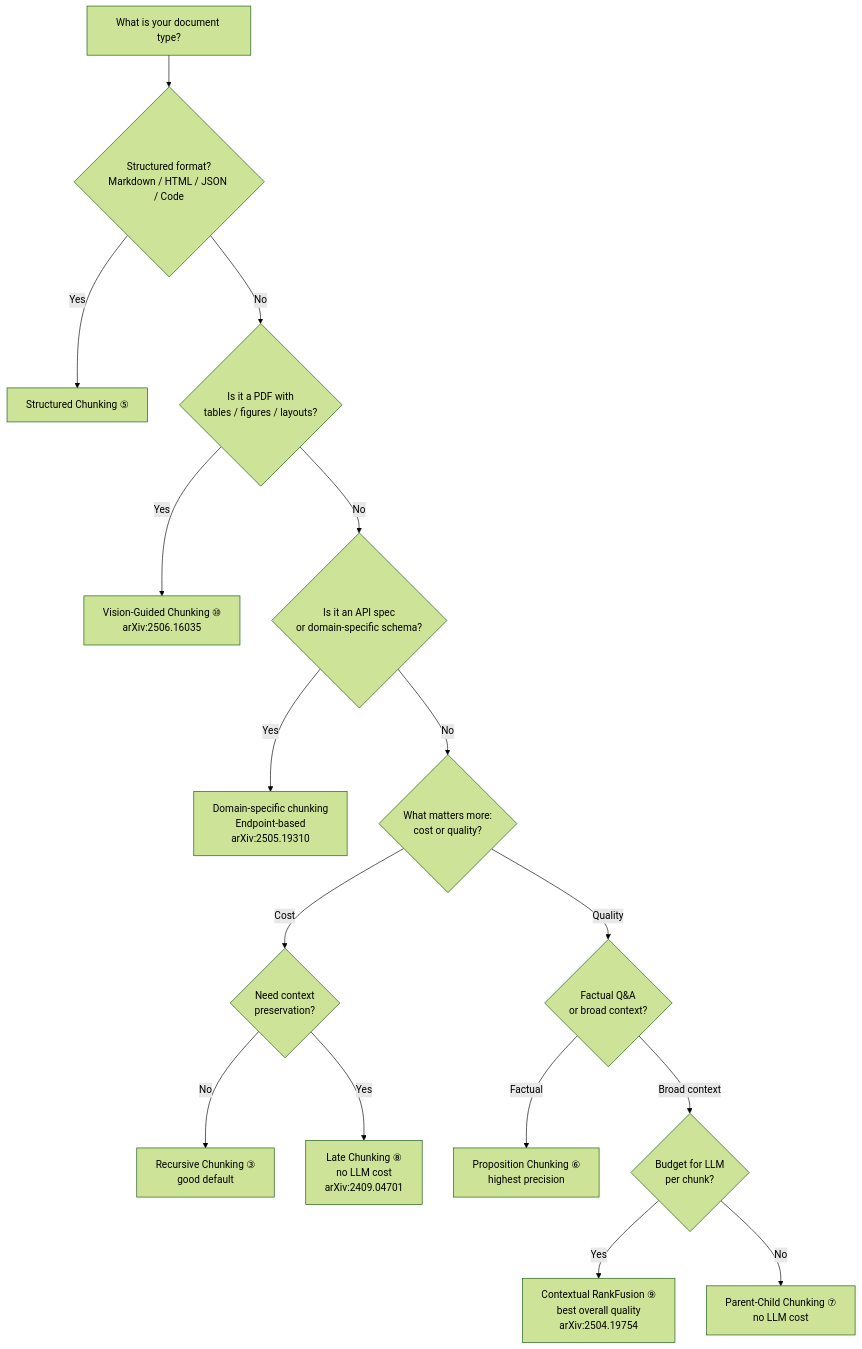
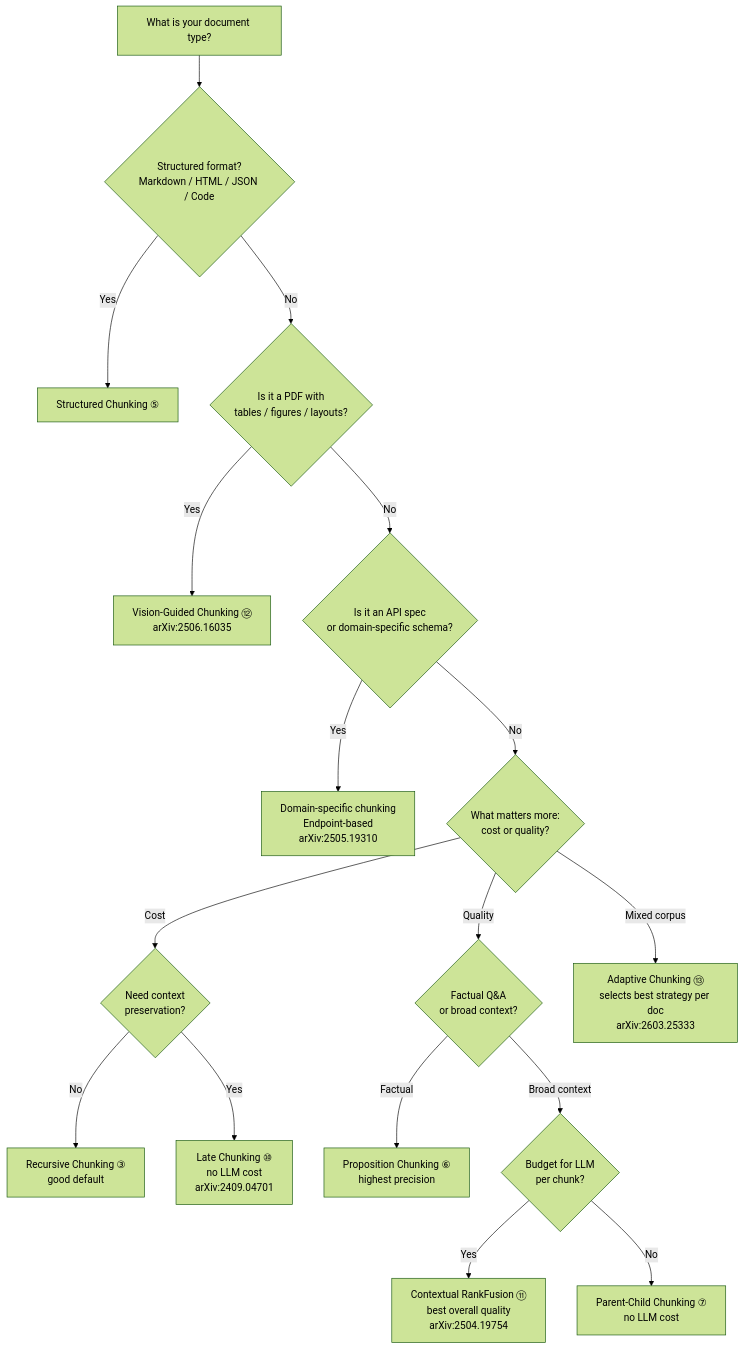
Before and after one commit to mdhasnainali/explore-rag-techniques: the second of 2 diagrams in 1_Chunking_Techniques/README.md, drawn with Mermaid (forest theme). The commit also changed other lines of this file and 5 other files, not shown here.

````diff
--- a/1_Chunking_Techniques/README.md
+++ b/1_Chunking_Techniques/README.md
@@ -268,18 +213,19 @@
 ```mermaid
 flowchart TD
     A[What is your document type?] --> B{Structured format?\nMarkdown / HTML / JSON / Code}
     B -- Yes --> C[Structured Chunking ⑤]
     B -- No --> D{Is it a PDF with\ntables / figures / layouts?}
-    D -- Yes --> E[Vision-Guided Chunking ⑩\narXiv:2506.16035]
+    D -- Yes --> E[Vision-Guided Chunking ⑫\narXiv:2506.16035]
     D -- No --> F{Is it an API spec\nor domain-specific schema?}
     F -- Yes --> G[Domain-specific chunking\nEndpoint-based\narXiv:2505.19310]
     F -- No --> H{What matters more:\ncost or quality?}
     H -- Cost --> I{Need context\npreservation?}
     I -- No --> J[Recursive Chunking ③\ngood default]
-    I -- Yes --> K[Late Chunking ⑧\nno LLM cost\narXiv:2409.04701]
+    I -- Yes --> K[Late Chunking ⑩\nno LLM cost\narXiv:2409.04701]
     H -- Quality --> L{Factual Q&A\nor broad context?}
     L -- Factual --> M[Proposition Chunking ⑥\nhighest precision]
     L -- Broad context --> N{Budget for LLM\nper chunk?}
-    N -- Yes --> O[Contextual RankFusion ⑨\nbest overall quality\narXiv:2504.19754]
+    N -- Yes --> O[Contextual RankFusion ⑪\nbest overall quality\narXiv:2504.19754]
     N -- No --> P[Parent-Child Chunking ⑦\nno LLM cost]
+    H -- Mixed corpus --> Q[Adaptive Chunking ⑬\nselects best strategy per doc\narXiv:2603.25333]
 ```
````
